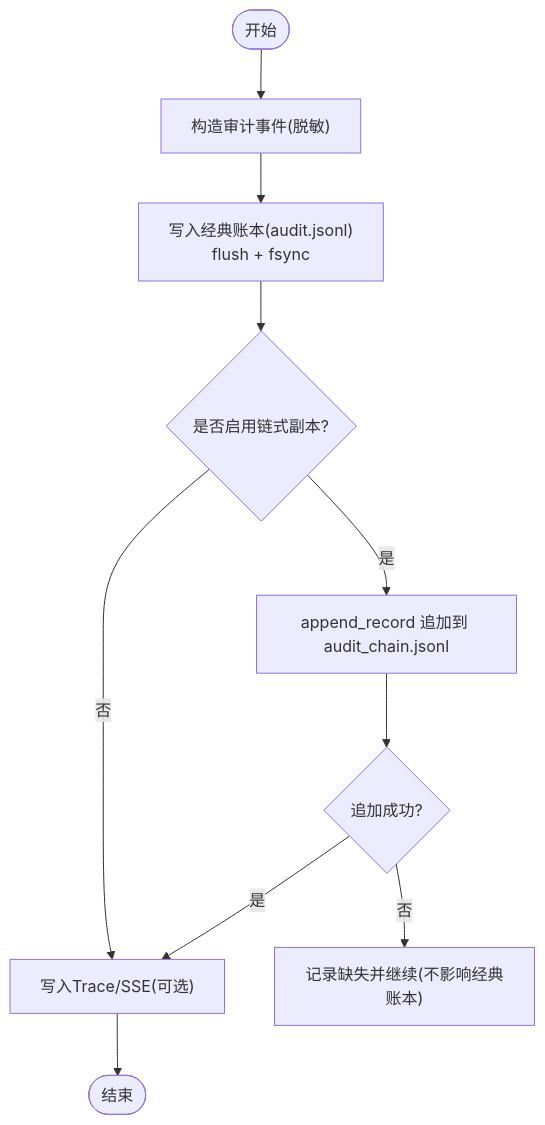
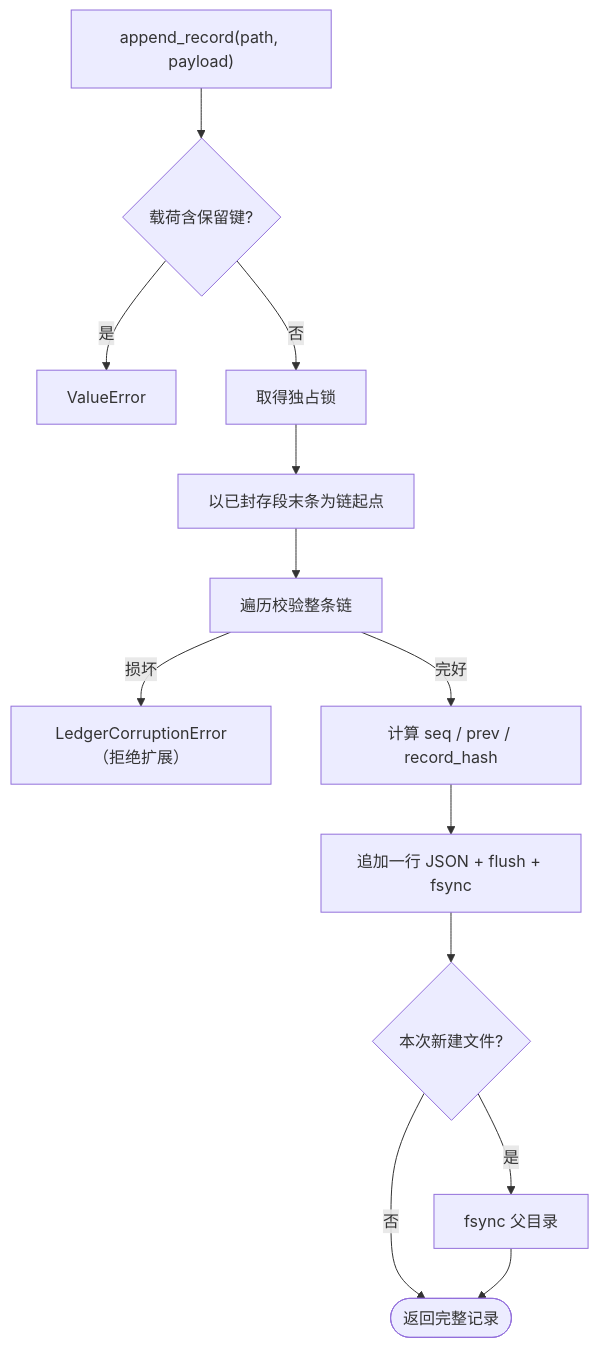
Before and after one commit to hjfire/vibe-trading-fw: the second of 4 diagrams in repowiki/topics/安全与治理/审计日志.md, drawn with Mermaid. The commit also changed other lines of this file and 5 other files, not shown here.

````diff
--- a/repowiki/topics/安全与治理/审计日志.md
+++ b/repowiki/topics/安全与治理/审计日志.md
@@ -135,12 +118,15 @@
 ```mermaid
 flowchart TD
-Start(["开始"]) --> BuildEvent["构造审计事件(脱敏)"]
-BuildEvent --> WriteClassic["写入经典账本(audit.jsonl)<br/>flush + fsync"]
-WriteClassic --> ChainMode{"是否启用链式副本?"}
-ChainMode --> |是| AppendChain["append_record 追加到 audit_chain.jsonl"]
-ChainMode --> |否| FanOut["写入Trace/SSE(可选)"]
-AppendChain --> VerifyAppend{"追加成功?"}
-VerifyAppend --> |是| FanOut
-VerifyAppend --> |否| LogGap["记录缺失并继续(不影响经典账本)"]
-FanOut --> End(["结束"])
+A["append_record(path, payload)"] --> B{"载荷含保留键?"}
+B --> |是| X["ValueError"]
+B --> |否| L["取得独占锁"]
+L --> S["以已封存段末条为链起点"]
+S --> V["遍历校验整条链"]
+V --> |损坏| Y["LedgerCorruptionError（拒绝扩展）"]
+V --> |完好| H["计算 seq / prev / record_hash"]
+H --> W["追加一行 JSON + flush + fsync"]
+W --> D{"本次新建文件?"}
+D --> |是| FD["fsync 父目录"]
+D --> |否| Done(["返回完整记录"])
+FD --> Done
 ```
````
